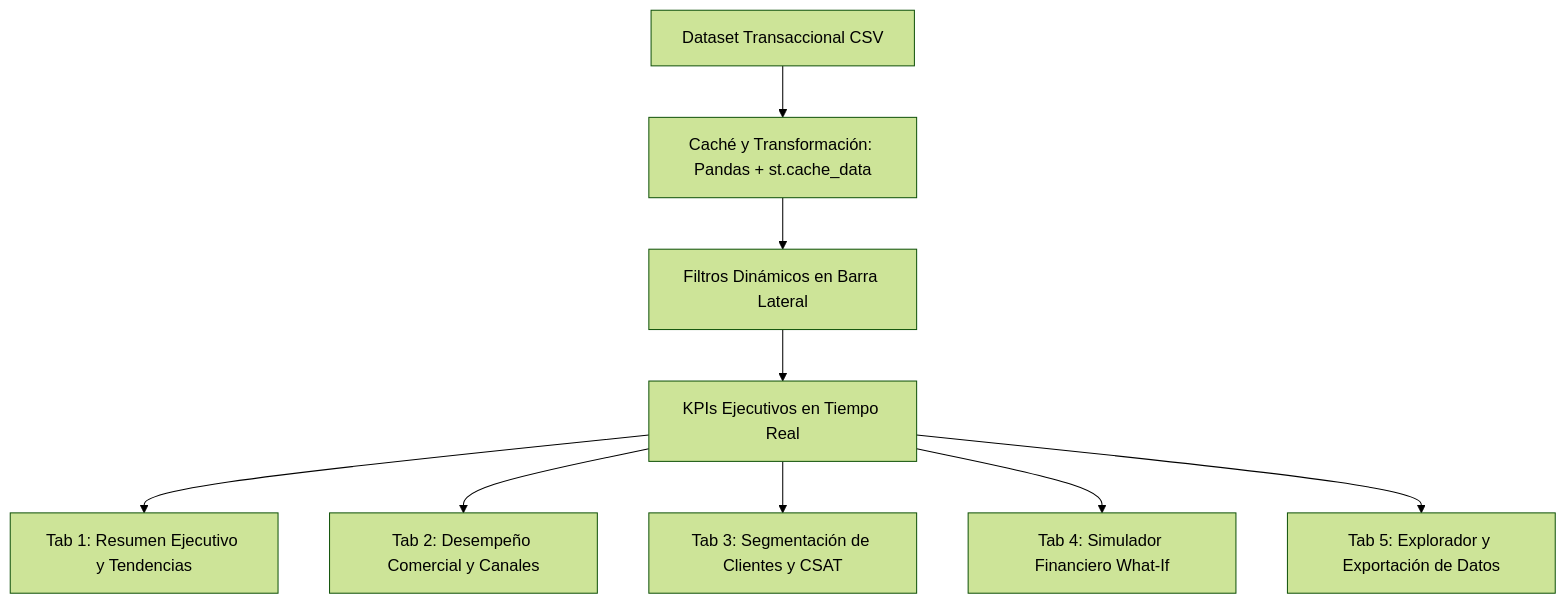
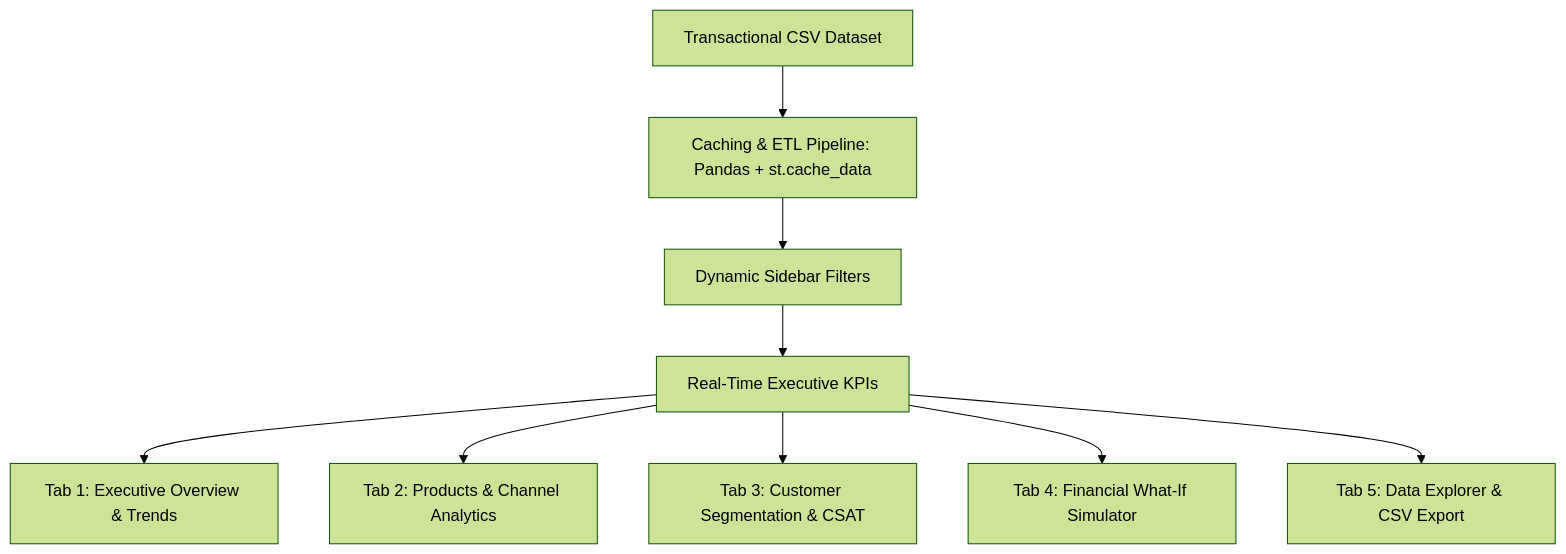
Before and after one commit to FabricioRams/AG-01-Visualization-Reports-or-Dashboard: the diagram in ARTICLE.md, drawn with Mermaid (forest theme). The commit also changed other lines of this file and 3 other files, not shown here.

````diff
--- a/ARTICLE.md
+++ b/ARTICLE.md
@@ -47,11 +41,11 @@
 ```mermaid
 graph TD
-    A[Dataset Transaccional CSV] --> B[Caché y Transformación: Pandas + st.cache_data]
-    B --> C[Filtros Dinámicos en Barra Lateral]
-    C --> D[KPIs Ejecutivos en Tiempo Real]
-    D --> E1[Tab 1: Resumen Ejecutivo y Tendencias]
-    D --> E2[Tab 2: Desempeño Comercial y Canales]
-    D --> E3[Tab 3: Segmentación de Clientes y CSAT]
-    D --> E4[Tab 4: Simulador Financiero What-If]
-    D --> E5[Tab 5: Explorador y Exportación de Datos]
+    A[Transactional CSV Dataset] --> B[Caching & ETL Pipeline: Pandas + st.cache_data]
+    B --> C[Dynamic Sidebar Filters]
+    C --> D[Real-Time Executive KPIs]
+    D --> E1[Tab 1: Executive Overview & Trends]
+    D --> E2[Tab 2: Products & Channel Analytics]
+    D --> E3[Tab 3: Customer Segmentation & CSAT]
+    D --> E4[Tab 4: Financial What-If Simulator]
+    D --> E5[Tab 5: Data Explorer & CSV Export]
 ```
````
